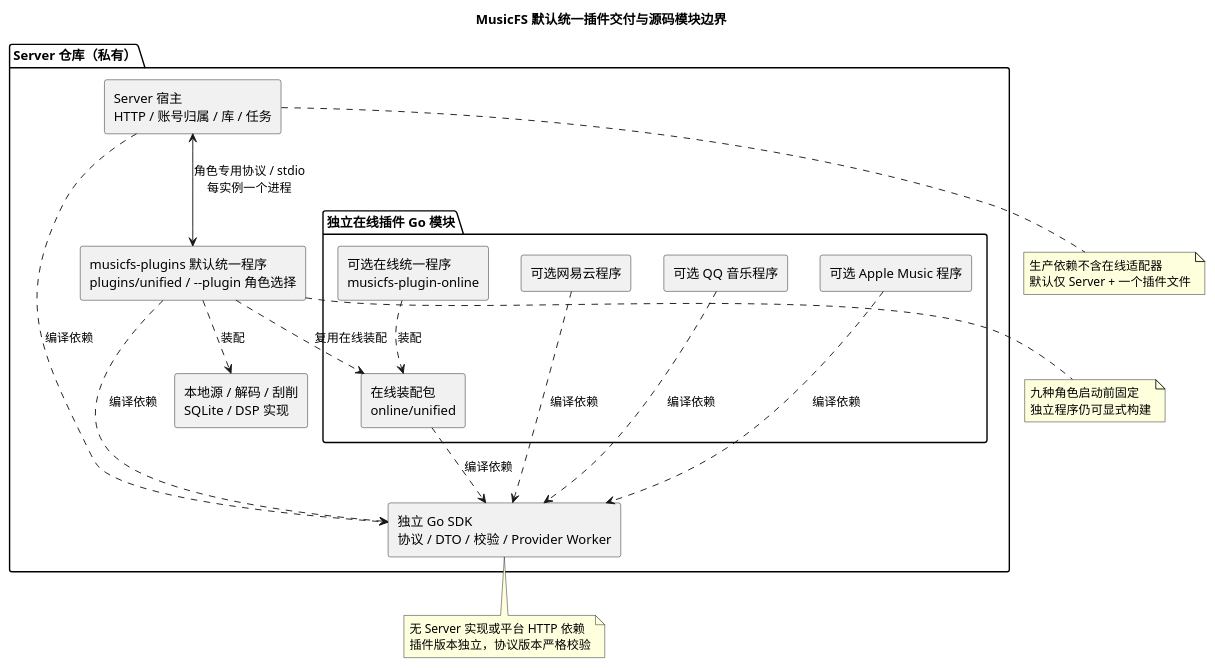
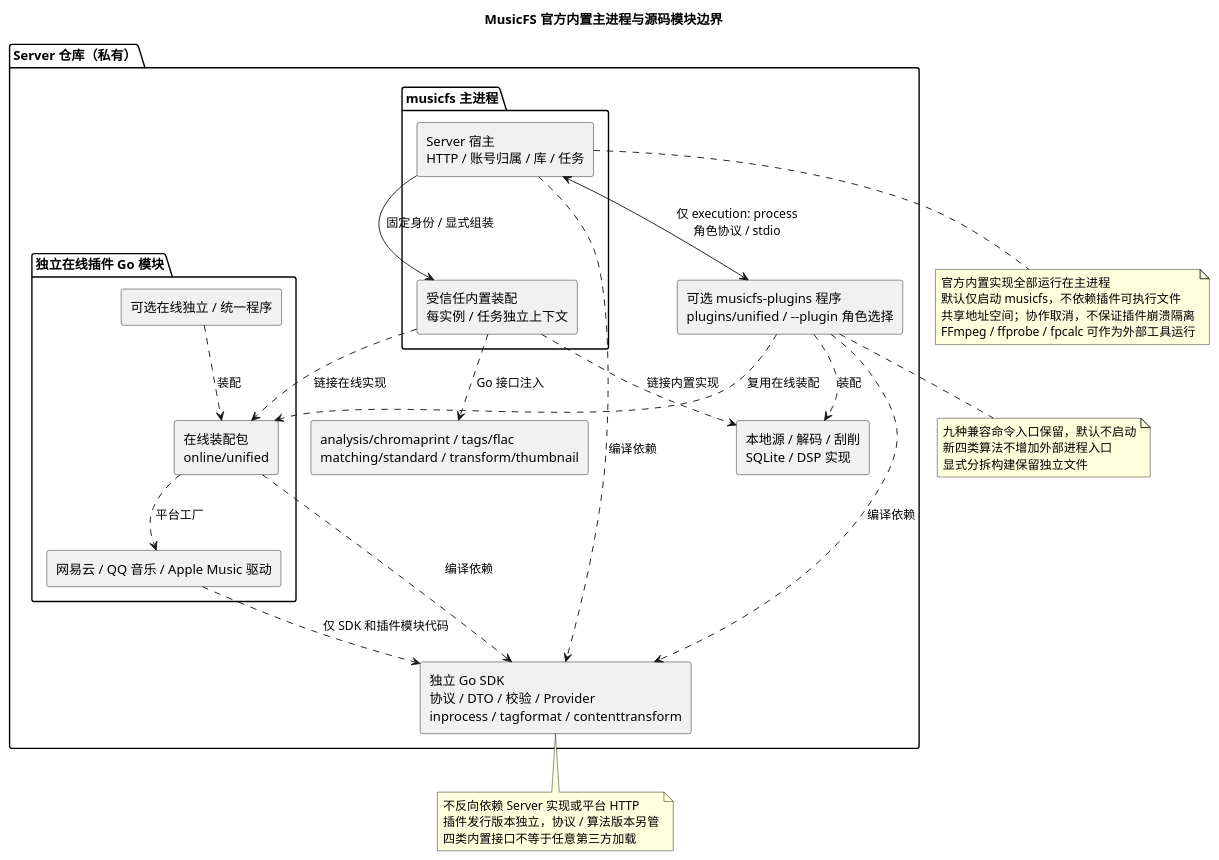
Before and after one commit to fnMrRice/MusicFS: the diagram in docs/diagrams/server-plugin-sdk.puml, drawn with PlantUML. The commit also changed 6 other files, not shown here.

```diff
--- a/docs/diagrams/server-plugin-sdk.puml
+++ b/docs/diagrams/server-plugin-sdk.puml
@@ -1,42 +1,51 @@
 @startuml
-title MusicFS 默认统一插件交付与源码模块边界
+title MusicFS 官方内置主进程与源码模块边界
 skinparam componentStyle rectangle
 
 package "Server 仓库（私有）" {
-  component "Server 宿主\nHTTP / 账号归属 / 库 / 任务" as host
-  component "独立 Go SDK\n协议 / DTO / 校验 / Provider Worker" as sdk
-  component "musicfs-plugins 默认统一程序\nplugins/unified / --plugin 角色选择" as bundle
+  package "musicfs 主进程" {
+    component "Server 宿主\nHTTP / 账号归属 / 库 / 任务" as host
+    component "受信任内置装配\n每实例 / 任务独立上下文" as builtin
+  }
+  component "独立 Go SDK\n协议 / DTO / 校验 / Provider\ninprocess / tagformat / contenttransform" as sdk
+  component "可选 musicfs-plugins 程序\nplugins/unified / --plugin 角色选择" as bundle
   component "本地源 / 解码 / 刮削\nSQLite / DSP 实现" as local
+  component "analysis/chromaprint / tags/flac\nmatching/standard / transform/thumbnail" as algorithms
   package "独立在线插件 Go 模块" {
-    component "可选网易云程序" as netease
-    component "可选 QQ 音乐程序" as qq
-    component "可选 Apple Music 程序" as apple
+    component "网易云 / QQ 音乐 / Apple Music 驱动" as platforms
     component "在线装配包\nonline/unified" as unified
-    component "可选在线统一程序\nmusicfs-plugin-online" as onlinecmd
+    component "可选在线独立 / 统一程序" as onlinecmd
   }
 }
 
 host ..> sdk : 编译依赖
+host --> builtin : 固定身份 / 显式组装
+builtin ..> local : 链接内置实现
+builtin ..> unified : 链接在线实现
+builtin ..> algorithms : Go 接口注入
 bundle ..> sdk : 编译依赖
 bundle ..> local : 装配
 bundle ..> unified : 复用在线装配
-netease ..> sdk : 编译依赖
-qq ..> sdk : 编译依赖
-apple ..> sdk : 编译依赖
+platforms ..> sdk : 仅 SDK 和插件模块代码
+unified ..> platforms : 平台工厂
 unified ..> sdk : 编译依赖
 onlinecmd ..> unified : 装配
-host <--> bundle : 角色专用协议 / stdio\n每实例一个进程
+host <--> bundle : 仅 execution: process\n角色协议 / stdio
 
 note bottom of sdk
-  无 Server 实现或平台 HTTP 依赖
-  插件版本独立，协议版本严格校验
+  不反向依赖 Server 实现或平台 HTTP
+  插件发行版本独立，协议 / 算法版本另管
+  四类内置接口不等于任意第三方加载
 end note
 note bottom of host
-  生产依赖不含在线适配器
-  默认仅 Server + 一个插件文件
+  官方内置实现全部运行在主进程
+  默认仅启动 musicfs，不依赖插件可执行文件
+  共享地址空间；协作取消，不保证插件崩溃隔离
+  FFmpeg / ffprobe / fpcalc 可作为外部工具运行
 end note
 note bottom of bundle
-  九种角色启动前固定
-  独立程序仍可显式构建
+  九种兼容命令入口保留，默认不启动
+  新四类算法不增加外部进程入口
+  显式分拆构建保留独立文件
 end note
 @enduml
```
